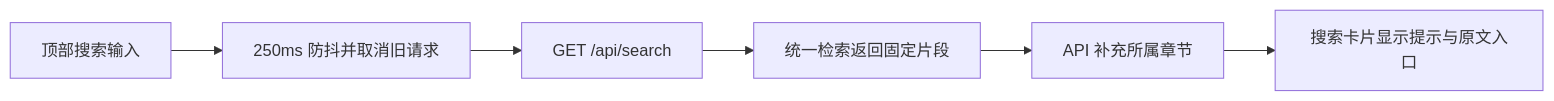
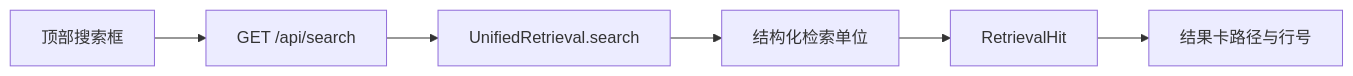
One commit to lejunyang/omem changed the diagram in .repo-review/knowledge/articles/0fc1372e659c300a4a7193e2de27f7d10a3c14baf8d61d9cee5f74f4a67a1d4a.md. Above: the diagram before and after it, drawn with Mermaid. The commit also changed other lines of this file and 5 other files, not shown here.

````diff
--- a/.repo-review/knowledge/articles/0fc1372e659c300a4a7193e2de27f7d10a3c14baf8d61d9cee5f74f4a67a1d4a.md
+++ b/.repo-review/knowledge/articles/0fc1372e659c300a4a7193e2de27f7d10a3c14baf8d61d9cee5f74f4a67a1d4a.md
@@ -27,8 +40,8 @@
 ```mermaid
 flowchart LR
-  A[顶部搜索输入] --> B[250ms 防抖并取消旧请求]
-  B --> C[GET /api/search]
-  C --> D[统一检索返回固定片段]
-  D --> E[API 补充所属章节]
-  E --> F[搜索卡片显示提示与原文入口]
+  A[顶部搜索框] --> B[GET /api/search]
+  B --> C[UnifiedRetrieval.search]
+  C --> D[结构化检索单位]
+  D --> E[RetrievalHit]
+  E --> F[结果卡路径与行号]
 ```
````
